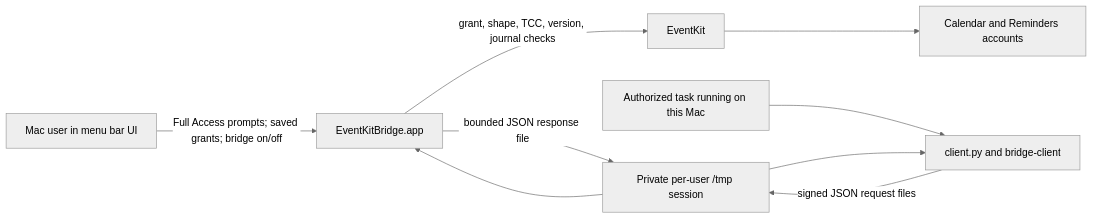
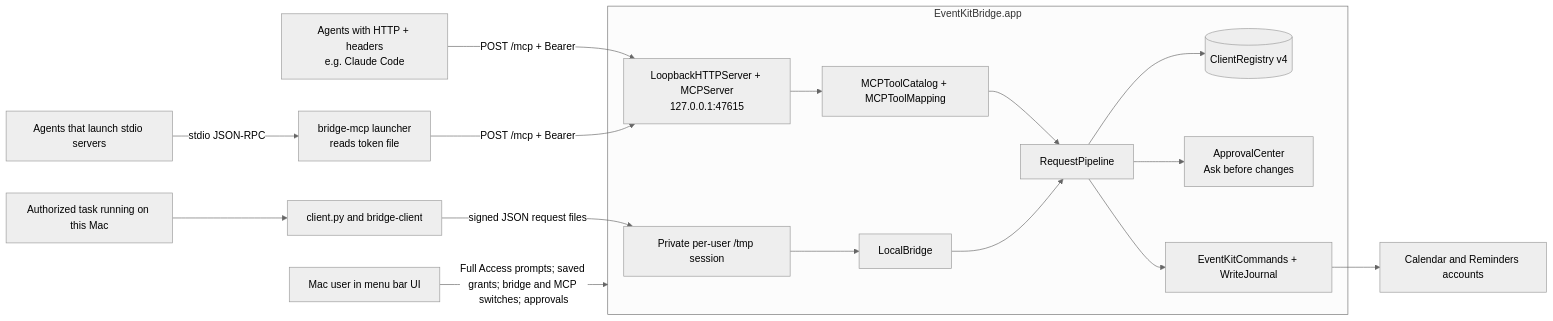
The diagram in docs/ARCHITECTURE.md (bereciartua/ek-bridge), drawn with Mermaid (neutral theme) before and after one commit. The commit also changed other lines of this file and 32 other files, not shown here.

````diff
--- a/docs/ARCHITECTURE.md
+++ b/docs/ARCHITECTURE.md
@@ -5,11 +5,19 @@
 ```mermaid
 flowchart LR
-    U[Mac user in menu bar UI] -->|Full Access prompts; saved grants; bridge on/off| A[EventKitBridge.app]
+    U[Mac user in menu bar UI] -->|Full Access prompts; saved grants; bridge and MCP switches; approvals| A
     T[Authorized task running on this Mac] --> C[client.py and bridge-client]
     C -->|signed JSON request files| F[Private per-user /tmp session]
-    F --> A
-    A -->|grant, shape, TCC, version, journal checks| E[EventKit]
+    G1[Agents that launch stdio servers] -->|stdio JSON-RPC| L[bridge-mcp launcher<br/>reads token file]
+    G2[Agents with HTTP + headers<br/>e.g. Claude Code] -->|POST /mcp + Bearer| S
+    L -->|POST /mcp + Bearer| S
+    subgraph A[EventKitBridge.app]
+      S[LoopbackHTTPServer + MCPServer<br/>127.0.0.1:47615] --> M[MCPToolCatalog + MCPToolMapping]
+      F --> LB[LocalBridge]
+      M --> P[RequestPipeline]
+      LB --> P
+      P --> R[(ClientRegistry v4)]
+      P --> AP[ApprovalCenter<br/>Ask before changes]
+      P --> E[EventKitCommands + WriteJournal]
+    end
     E --> K[Calendar and Reminders accounts]
-    A -->|bounded JSON response file| F
-    F --> C
 ```
````
